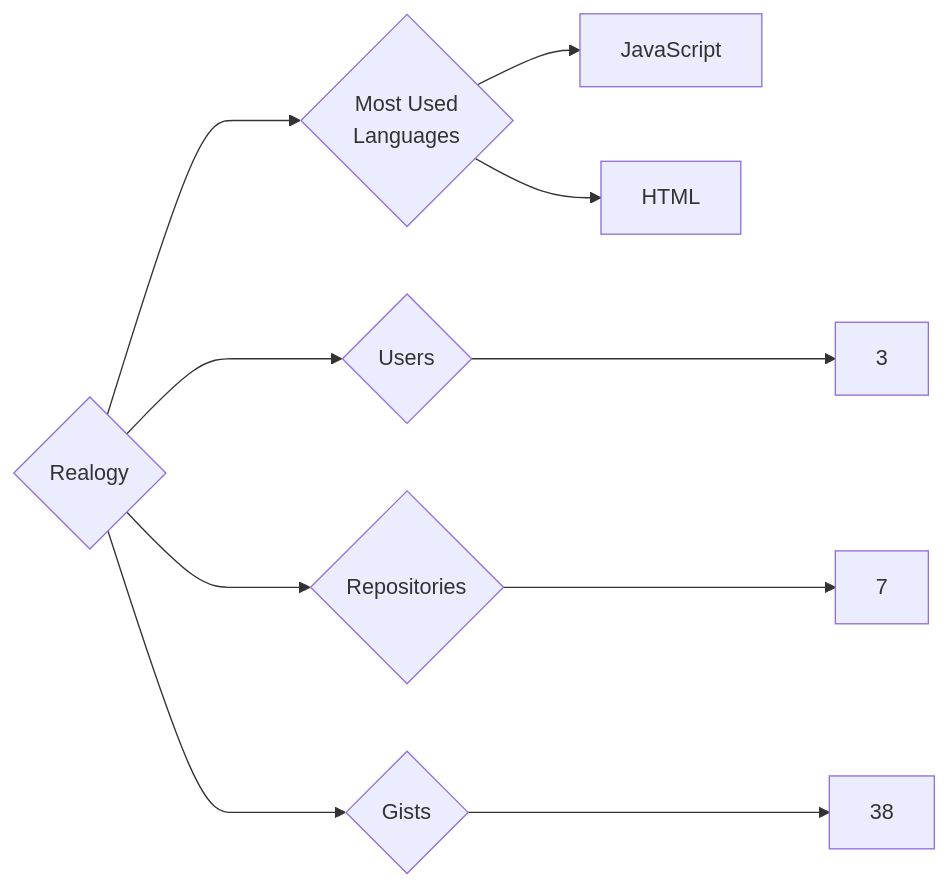
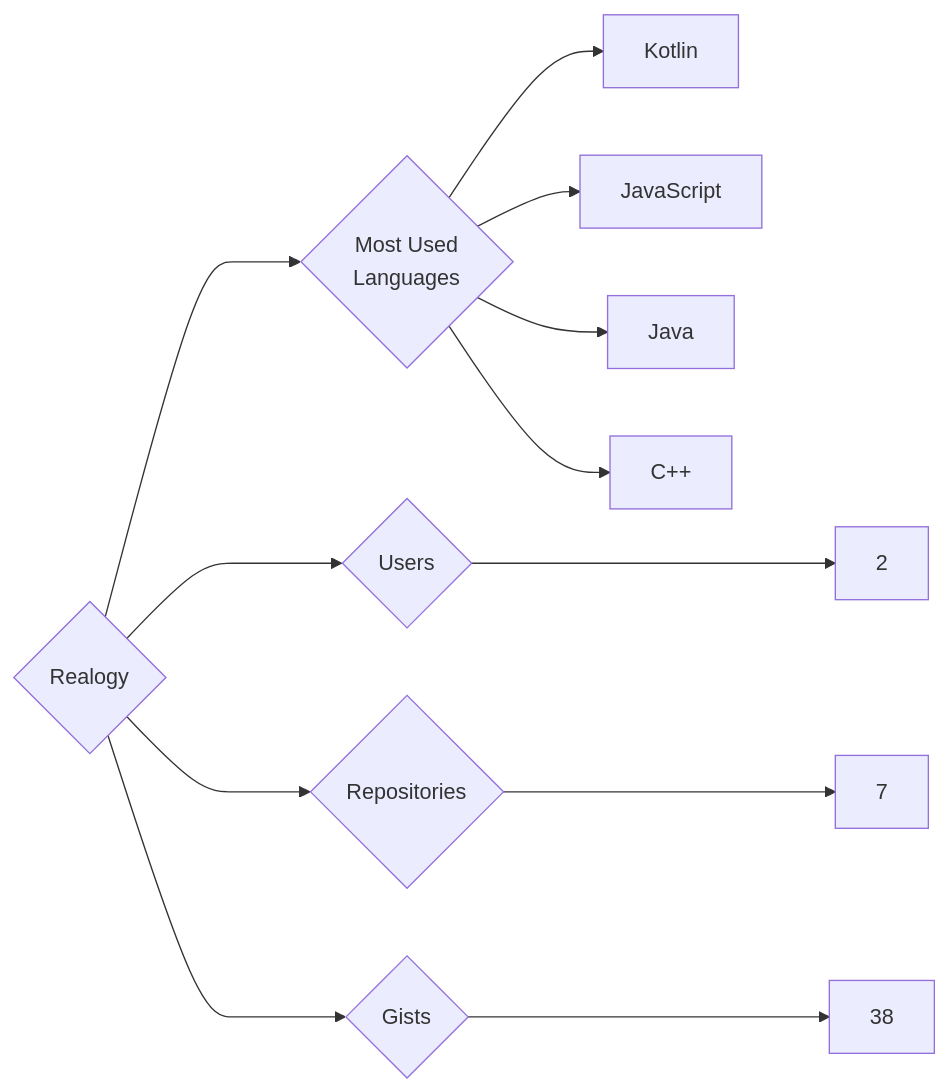
One commit to trickest/insiders changed the diagram in targets/Realogy/README.md. Above: the diagram before and after it, drawn with Mermaid. The commit also changed 1389 other files, not shown here.

````diff
--- a/targets/Realogy/README.md
+++ b/targets/Realogy/README.md
@@ -3,10 +3,12 @@
 ```mermaid
 graph LR
 COMPANY_NAME{Realogy}
-COMPANY_NAME ---> U{Users} ---> UN[3]
+COMPANY_NAME ---> U{Users} ---> UN[2]
 COMPANY_NAME ---> R{Repositories} ---> RN[7]
 COMPANY_NAME ---> G{Gists} ---> GN[38]
 COMPANY_NAME ---> ML{Most Used<br>Languages}
+ML --> Kotlin[Kotlin]
 ML --> JavaScript[JavaScript]
-ML --> HTML[HTML]
+ML --> Java[Java]
+ML --> C++[C++]
 ```
````
